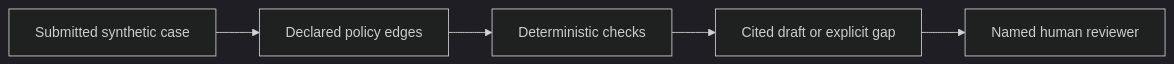
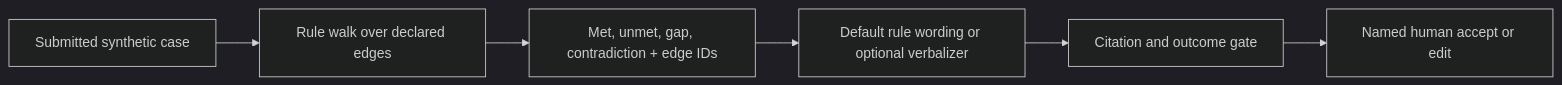
One commit to Yarmoluk/glp1-pa-copilot changed the diagram in docs/how-it-works.md. Above: the diagram before and after it, drawn with Mermaid (dark theme). The commit also changed other lines of this file and 20 other files, not shown here.

Commit message:
Add citation-gated verbalizer and clarify synthetic results

````diff
--- a/docs/how-it-works.md
+++ b/docs/how-it-works.md
@@ -5,7 +5,8 @@
 ```mermaid
 graph LR
-  A[Submitted synthetic case] --> B[Declared policy edges]
-  B --> C[Deterministic checks]
-  C --> D[Cited draft or explicit gap]
-  D --> E[Named human reviewer]
+  A[Submitted synthetic case] --> B[Rule walk over declared edges]
+  B --> C[Met, unmet, gap, contradiction + edge IDs]
+  C --> D[Default rule wording or optional verbalizer]
+  D --> E[Citation and outcome gate]
+  E --> F[Named human accept or edit]
 ```
````
